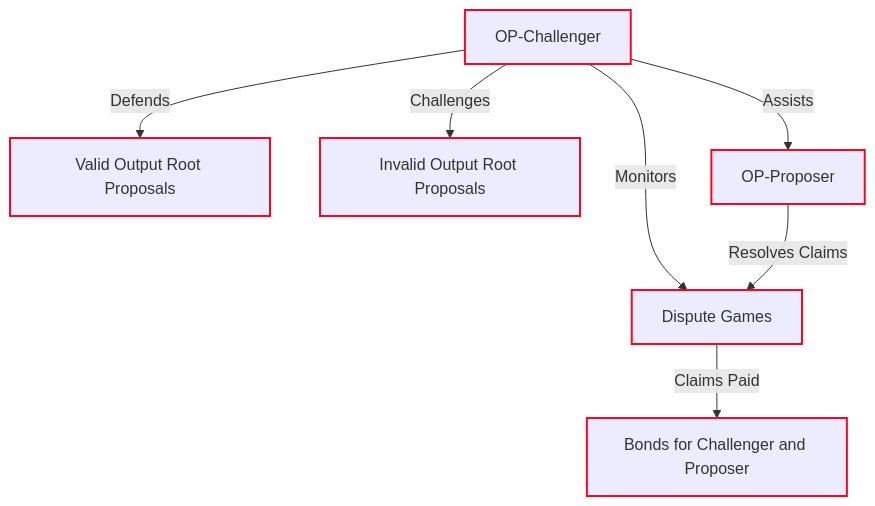
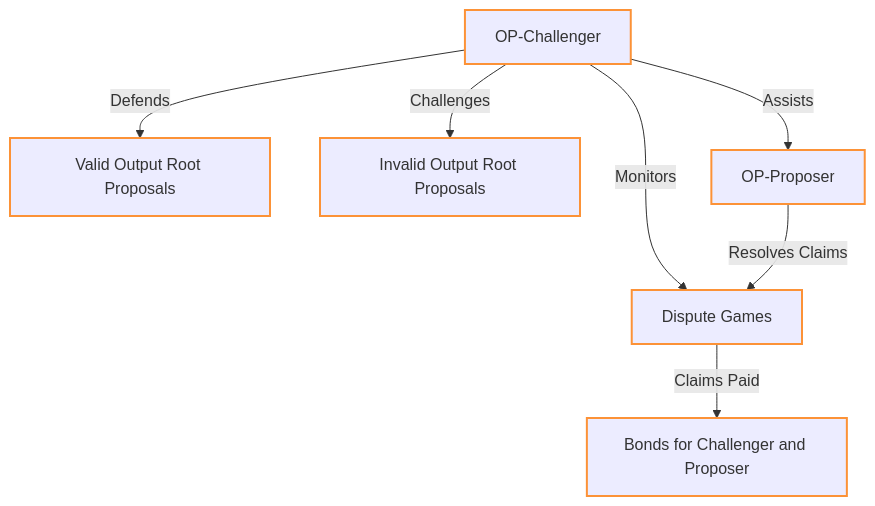
One commit to ethereum-optimism/docs changed the diagram in pages/stack/protocol/fault-proofs/challenger.mdx. Above: the diagram before and after it, drawn with Mermaid. The commit also changed 29 other files, not shown here.

````diff
--- a/pages/stack/protocol/fault-proofs/challenger.mdx
+++ b/pages/stack/protocol/fault-proofs/challenger.mdx
@@ -25,11 +25,11 @@
 ```mermaid
 graph TD;
     OP[OP-Challenger] -->|Monitors| DG[Dispute Games]
     OP -->|Defends| ORP[Valid Output Root Proposals]
     OP -->|Challenges| IORP[Invalid Output Root Proposals]
     OP -->|Assists| OPP[OP-Proposer]
     OPP -->|Resolves Claims| DG
     DG -->|Claims Paid| Bonds[Bonds for Challenger and Proposer]
 
-    classDef default fill:#00,stroke:#FF0420,stroke-width:2px;
+    classDef default fill:#00,stroke:#FC9237,stroke-width:2px;
 ```
````
